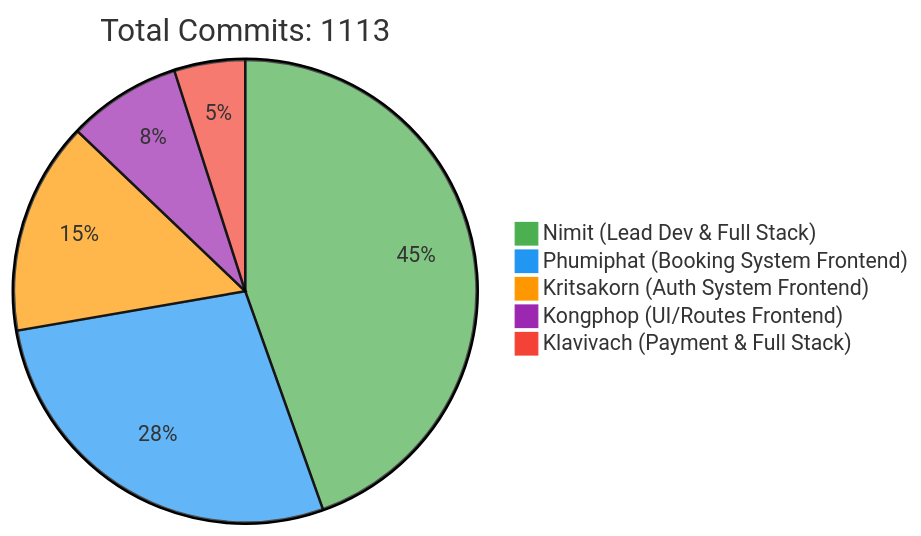
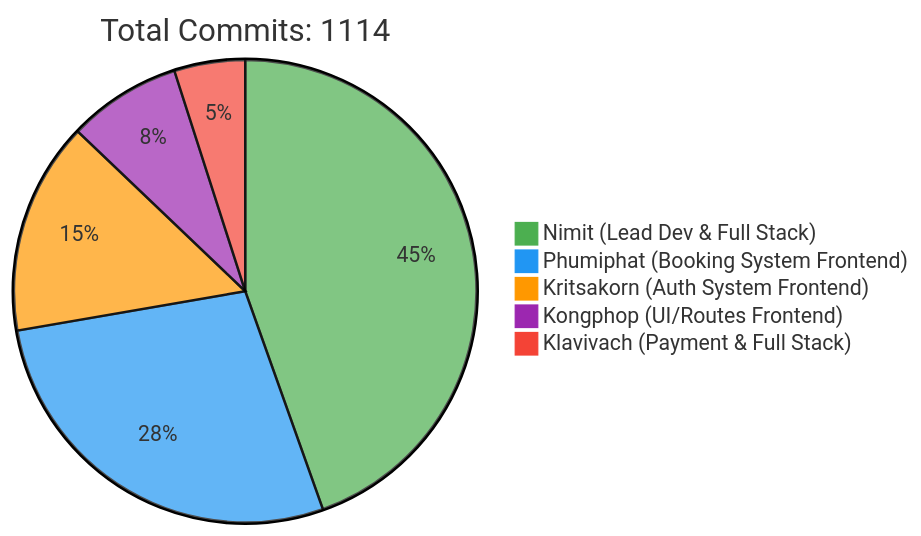
Before and after one commit to 6531503042/Sport-Complex: the first of 2 diagrams in README.md, drawn with Mermaid. The commit also changed other lines of this file, not shown here.

Commit message:
docs: Update contributor statistics [skip ci]

````diff
--- a/README.md
+++ b/README.md
@@ -257,10 +257,10 @@
 ```mermaid
 %%{init: {'theme': 'base', 'themeVariables': { 'pie1': '#4CAF50', 'pie2': '#2196F3', 'pie3': '#FF9800', 'pie4': '#9C27B0', 'pie5': '#F44336'}}}%%
 pie
-    title Total Commits: 1113
+    title Total Commits: 1114
     "Nimit (Lead Dev & Full Stack)" : 450
     "Phumiphat (Booking System Frontend)" : 280
     "Kritsakorn (Auth System Frontend)" : 150
     "Kongphop (UI/Routes Frontend)" : 80
     "Klavivach (Payment & Full Stack)" : 50
 ```
````
